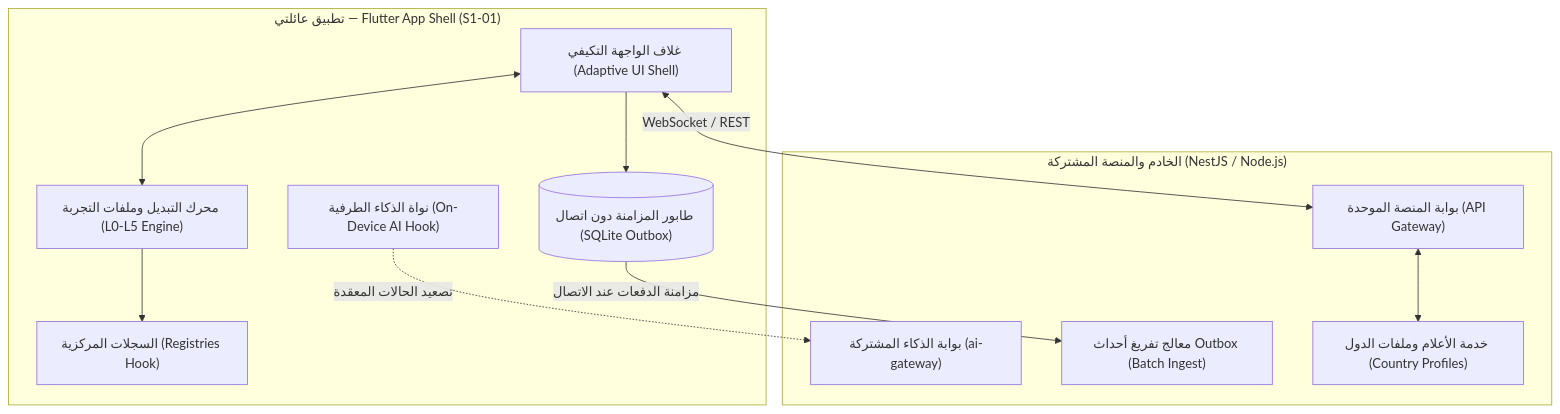
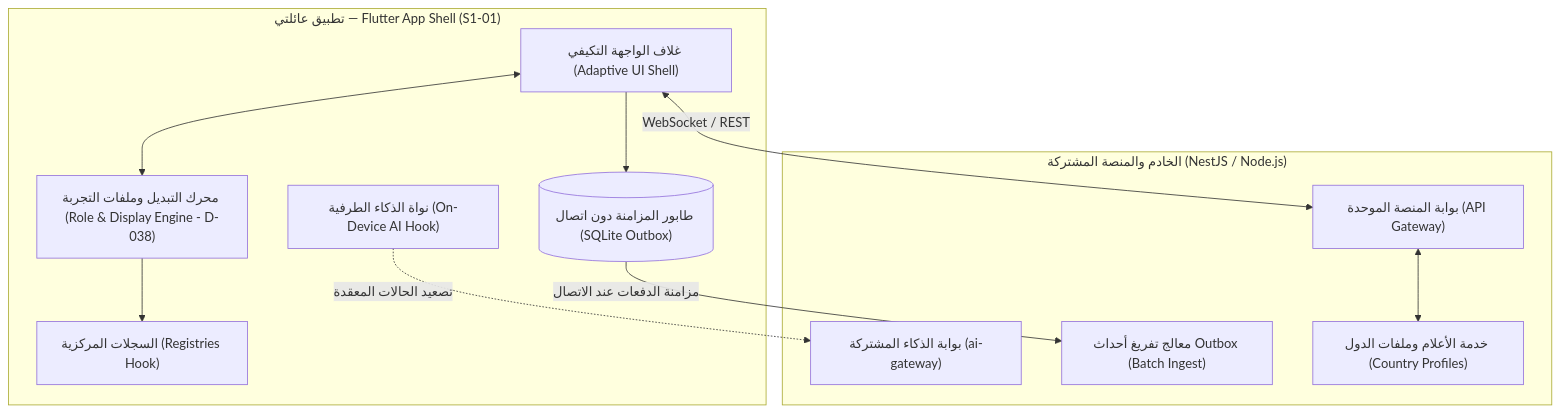
Before and after one commit to Bassam-mohammed-alqaeadi/family-os-v2: the diagram in spec/03-phase-1-core/s1-01-app-shell-and-platform/00-analysis.md, drawn with Mermaid. The commit also changed other lines of this file and 25 other files, not shown here.

Commit message:
docs(architecture): close D-038 integration consistency

````diff
--- a/spec/03-phase-1-core/s1-01-app-shell-and-platform/00-analysis.md
+++ b/spec/03-phase-1-core/s1-01-app-shell-and-platform/00-analysis.md
@@ -71,25 +71,25 @@
 ```mermaid
 flowchart TD
     subgraph Client_Flutter ["تطبيق عائلتي — Flutter App Shell (S1-01)"]
         UI_Shell["غلاف الواجهة التكيفي (Adaptive UI Shell)"]
-        ProfileEngine["محرك التبديل وملفات التجربة (L0-L5 Engine)"]
+        ProfileEngine["محرك التبديل وملفات التجربة (Role & Display Engine - D-038)"]
         LocalOutbox[("طابور المزامنة دون اتصال (SQLite Outbox)")]
         EdgeAI["نواة الذكاء الطرفية (On-Device AI Hook)"]
         Registries["السجلات المركزية (Registries Hook)"]
     end
 
     subgraph Backend_Core ["الخادم والمنصة المشتركة (NestJS / Node.js)"]
         Gateway["بوابة المنصة الموحدة (API Gateway)"]
         AIGateway["بوابة الذكاء المشتركة (ai-gateway)"]
         SyncWorker["معالج تفريغ أحداث Outbox (Batch Ingest)"]
         ConfigService["خدمة الأعلام وملفات الدول (Country Profiles)"]
     end
 
     UI_Shell <--> ProfileEngine
     ProfileEngine --> Registries
     UI_Shell --> LocalOutbox
     LocalOutbox -->|مزامنة الدفعات عند الاتصال| SyncWorker
     UI_Shell <-->|WebSocket / REST| Gateway
     EdgeAI -.->|تصعيد الحالات المعقدة| AIGateway
     Gateway <--> ConfigService
 ```
````
